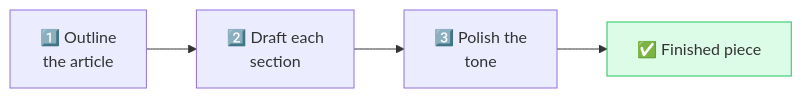
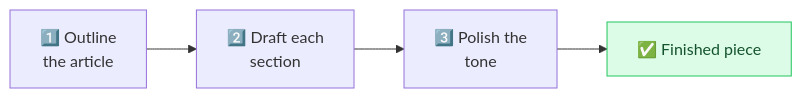
One commit to behnia137/prompt-engineering-visual changed the diagram in techniques/prompt-chaining.md. Above: the diagram before and after it, drawn with Mermaid. The commit also changed 24 other files, not shown here.

First line of the commit message:
Fix Mermaid: escaped-quote parse errors + dark-mode text contrast

````diff
--- a/techniques/prompt-chaining.md
+++ b/techniques/prompt-chaining.md
@@ -7,7 +7,7 @@
 ```mermaid
 flowchart LR
     A["1️⃣ Outline<br/>the article"] --> B["2️⃣ Draft each<br/>section"]
     B --> C["3️⃣ Polish the<br/>tone"]
     C --> D["✅ Finished piece"]
-    style D fill:#dcfce7,stroke:#22c55e
+    style D fill:#dcfce7,stroke:#22c55e,color:#14532d
 ```
````
